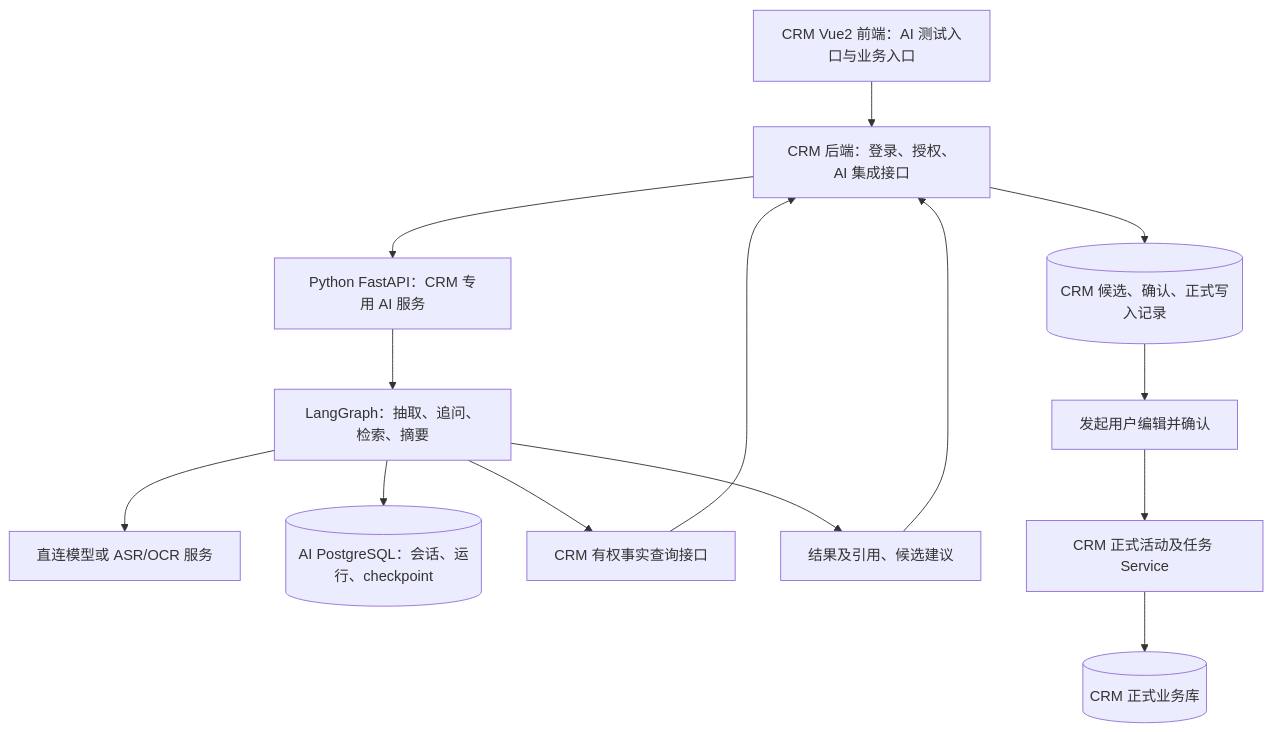
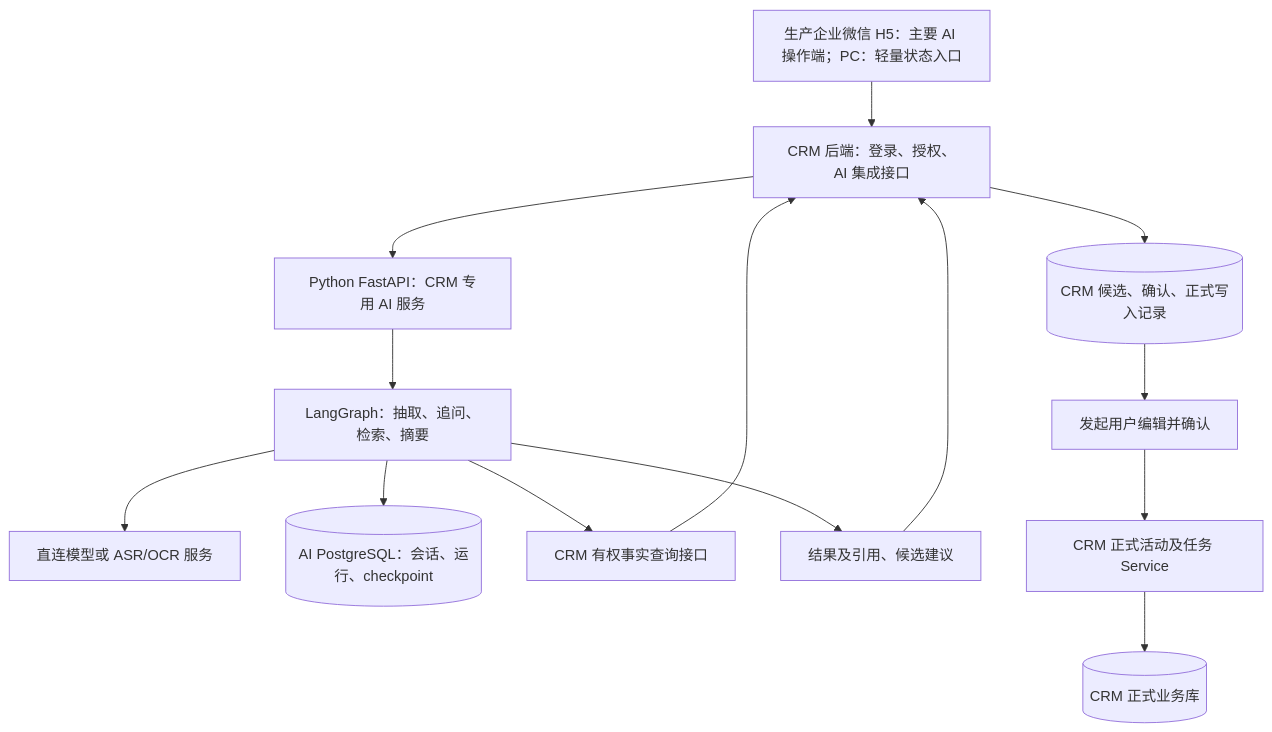
The first of 7 diagrams in docs/AI接入需求文档.md (redgreat/sales-crm-ai), drawn with Mermaid before and after one commit. The commit also changed other lines of this file and 23 other files, not shown here.

````diff
--- a/docs/AI接入需求文档.md
+++ b/docs/AI接入需求文档.md
@@ -28,16 +28,16 @@
 ```mermaid
 flowchart TD
-  UI[CRM Vue2 前端：AI 测试入口与业务入口] --> CRM[CRM 后端：登录、授权、AI 集成接口]
+  UI[生产企业微信 H5：主要 AI 操作端；PC：轻量状态入口] --> CRM[CRM 后端：登录、授权、AI 集成接口]
   CRM --> AI[Python FastAPI：CRM 专用 AI 服务]
   AI --> Graph[LangGraph：抽取、追问、检索、摘要]
   Graph --> Model[直连模型或 ASR/OCR 服务]
   Graph --> DB[(AI PostgreSQL：会话、运行、checkpoint)]
   Graph --> Read[CRM 有权事实查询接口]
   Read --> CRM
   Graph --> Result[结果及引用、候选建议]
   Result --> CRM
   CRM --> Candidate[(CRM 候选、确认、正式写入记录)]
   Candidate --> User[发起用户编辑并确认]
   User --> Service[CRM 正式活动及任务 Service]
   Service --> Biz[(CRM 正式业务库)]
 ```
````
